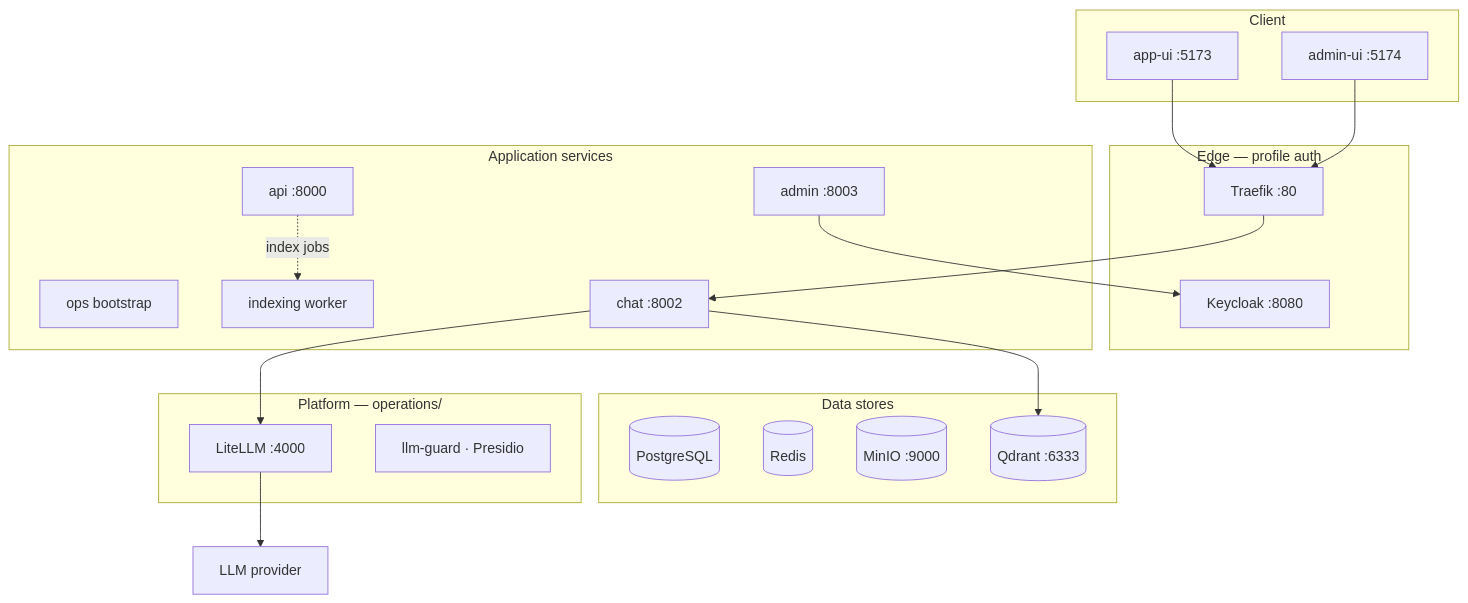
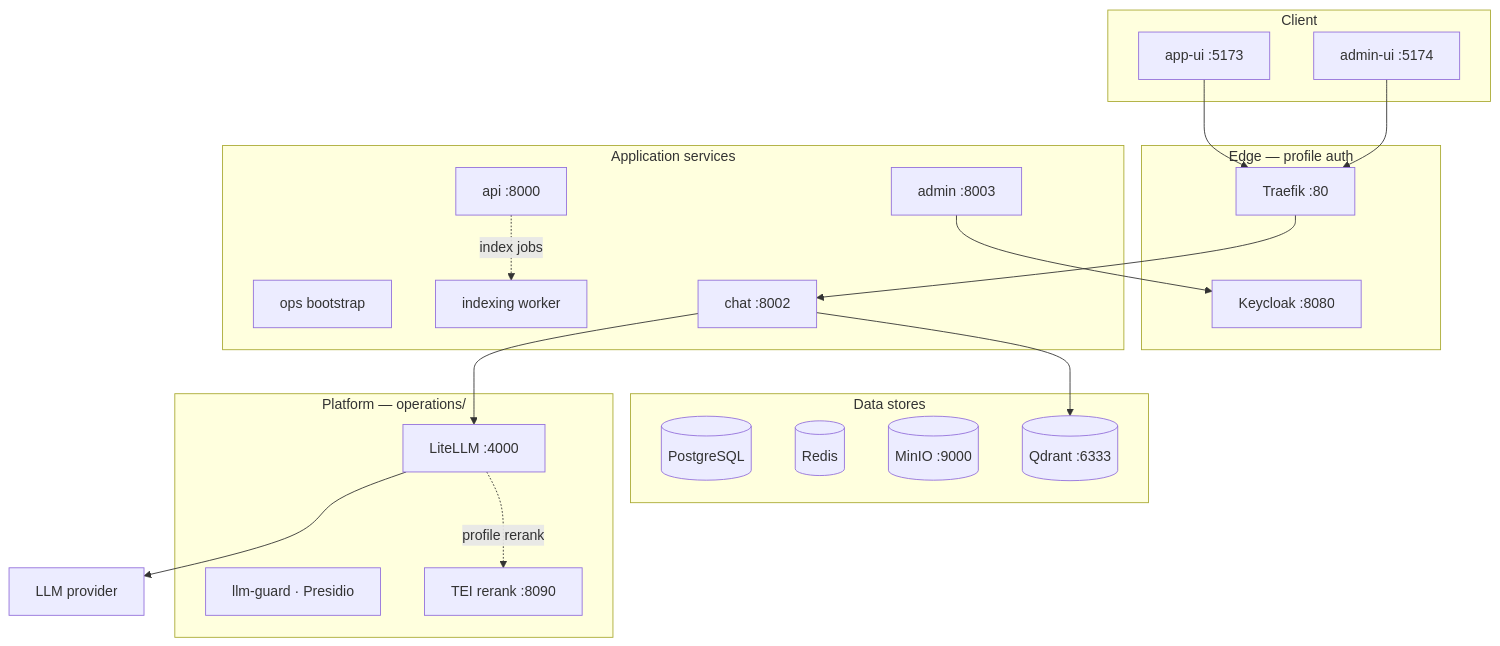
Before and after one commit to krlybnd/squint-genai: the second of 4 diagrams in docs/architecture.md, drawn with Mermaid. The commit also changed other lines of this file and 192 other files, not shown here.

````diff
--- a/docs/architecture.md
+++ b/docs/architecture.md
@@ -29,44 +29,46 @@
 ```mermaid
 flowchart TB
     subgraph client [Client]
         frontend["app-ui :5173"]
         admin_ui["admin-ui :5174"]
     end
 
     subgraph edge [Edge — profile auth]
         traefik["Traefik :80"]
         keycloak["Keycloak :8080"]
     end
 
     subgraph app [Application services]
         ops["ops bootstrap"]
         api["api :8000"]
         chat["chat :8002"]
         admin["admin :8003"]
         indexing["indexing worker"]
     end
 
     subgraph platform [Platform — operations/]
         litellm["LiteLLM :4000"]
         guard["llm-guard · Presidio"]
+        rerank["TEI rerank :8090"]
     end
 
     subgraph data [Data stores]
         postgres[("PostgreSQL")]
         redis[("Redis")]
         minio[("MinIO :9000")]
         qdrant[("Qdrant :6333")]
     end
 
     ext["LLM provider"]
 
     frontend --> traefik
     admin_ui --> traefik
     traefik --> chat
     admin --> keycloak
     chat --> litellm
     chat --> qdrant
     litellm --> ext
+    litellm -.->|profile rerank| rerank
 
     api -.->|index jobs| indexing
 ```
````
